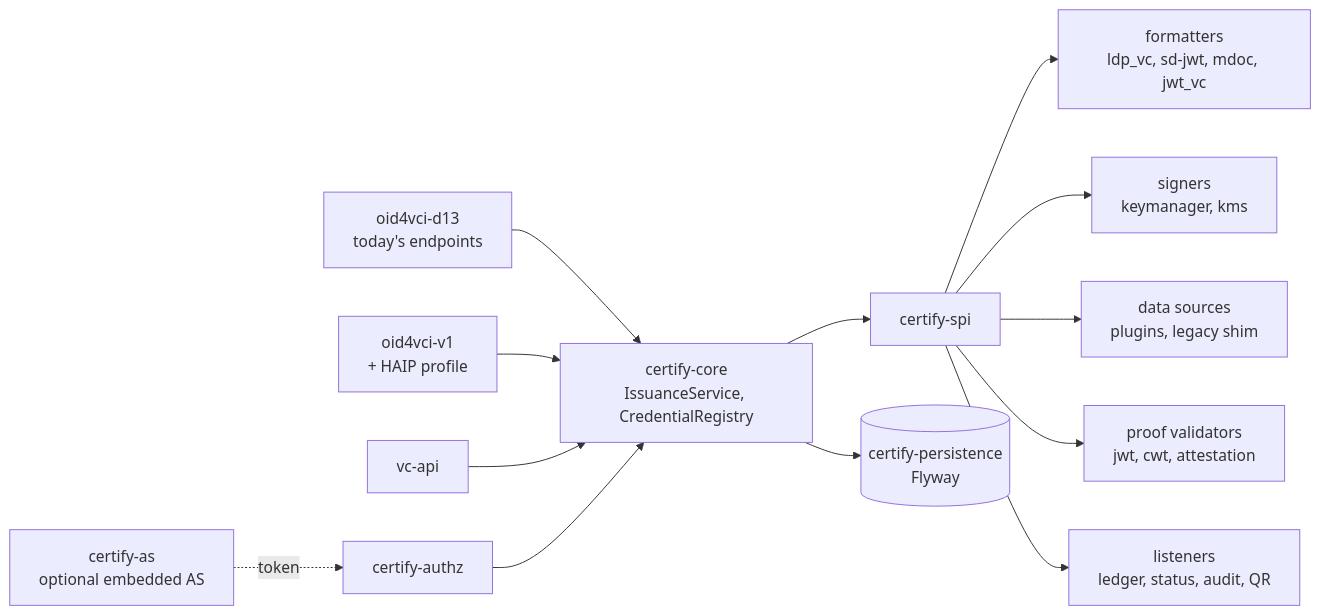
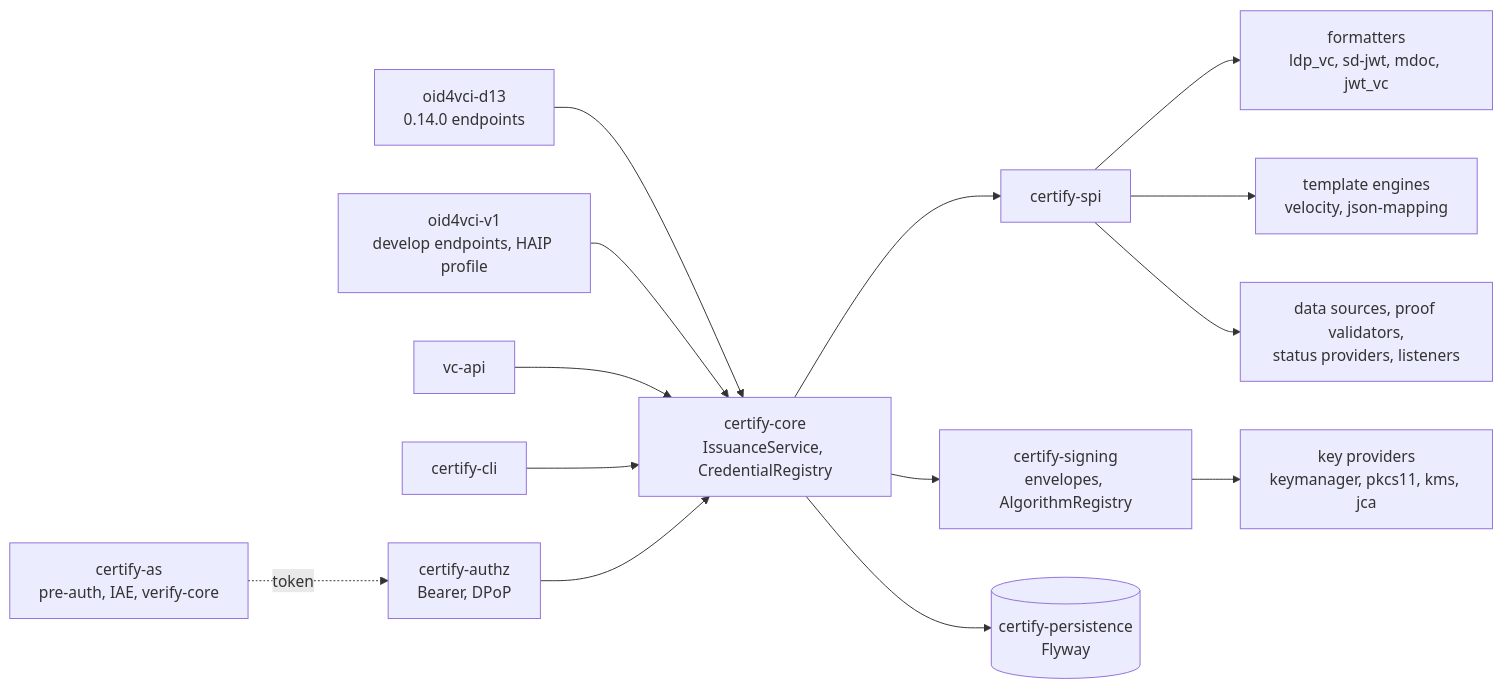
The third of 4 diagrams in docs/Architecture-Extensibility-Review.md (jainhitesh9998/inji-certify), drawn with Mermaid before and after one commit. The commit also changed other lines of this file, not shown here.

First line of the commit message:
[REVIEW] Rewrite extensibility review against develop (1.0.0-beta.1)

````diff
--- a/docs/Architecture-Extensibility-Review.md
+++ b/docs/Architecture-Extensibility-Review.md
@@ -128,15 +144,16 @@
 ```mermaid
 flowchart LR
-  D13[oid4vci-d13<br/>today's endpoints] --> Core
-  V1[oid4vci-v1<br/>+ HAIP profile] --> Core
+  D13[oid4vci-d13<br/>0.14.0 endpoints] --> Core
+  V1[oid4vci-v1<br/>develop endpoints, HAIP profile] --> Core
   VCAPI[vc-api] --> Core
-  AS[certify-as<br/>optional embedded AS] -.token.-> Authz[certify-authz]
+  CLI[certify-cli] --> Core
+  AS[certify-as<br/>pre-auth, IAE, verify-core] -.token.-> Authz[certify-authz<br/>Bearer, DPoP]
   Authz --> Core[certify-core<br/>IssuanceService, CredentialRegistry]
   Core --> SPI[certify-spi]
+  Core --> Sign[certify-signing<br/>envelopes, AlgorithmRegistry]
+  Sign --> KP[key providers<br/>keymanager, pkcs11, kms, jca]
   SPI --> F[formatters<br/>ldp_vc, sd-jwt, mdoc, jwt_vc]
-  SPI --> S[signers<br/>keymanager, kms]
-  SPI --> DS[data sources<br/>plugins, legacy shim]
-  SPI --> P[proof validators<br/>jwt, cwt, attestation]
-  SPI --> L[listeners<br/>ledger, status, audit, QR]
+  SPI --> T[template engines<br/>velocity, json-mapping]
+  SPI --> DS[data sources, proof validators,<br/>status providers, listeners]
   Core --> DB[(certify-persistence<br/>Flyway)]
 ```
````
